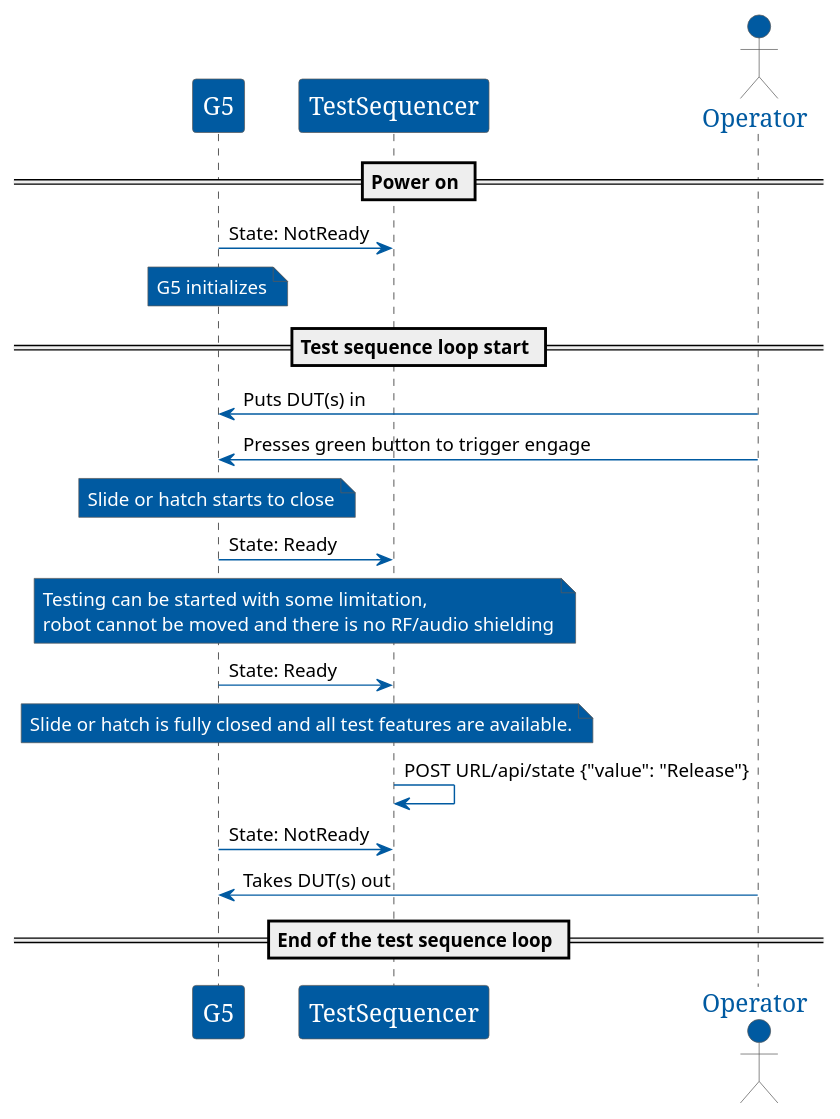
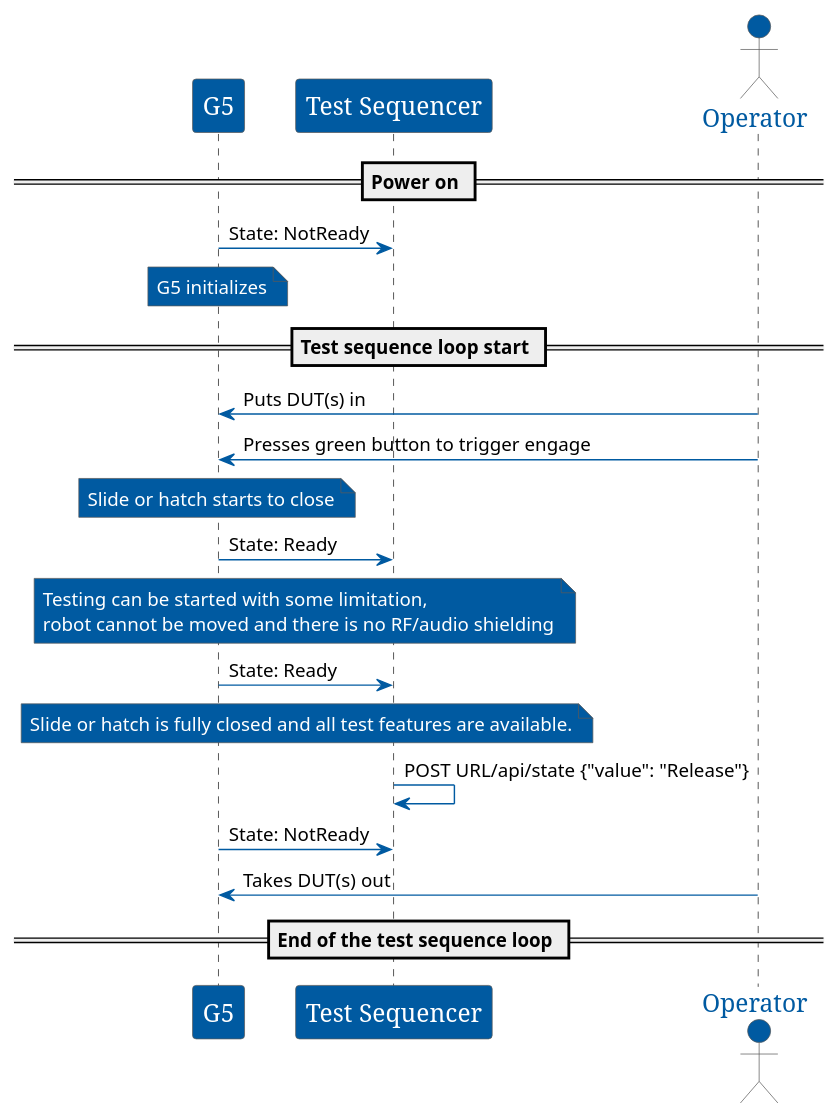
One commit to jotautomation/G5-Test-Sequencer-Docs changed the diagram in pumls/G5_operator_sequence.puml. Above: the diagram before and after it, drawn with PlantUML. The commit also changed 3 other files, not shown here.

Commit message:
Rename TestSequencer as Test Sequencer

```diff
--- a/pumls/G5_operator_sequence.puml
+++ b/pumls/G5_operator_sequence.puml
@@ -2,64 +2,64 @@
 @startuml
 
 skinparam noteBorderColor #5a5a5a
 skinparam noteBackgroundColor #005aa1
 skinparam noteFontColor white
 
 
 skinparam sequence {
   ArrowColor #005aa1
   ParticipantBackgroundColor #005aa1
   ParticipantFontName Apex
   ParticipantFontSize 17
   ParticipantFontColor White
   ParticipantBorderColor #5a5a5a
 
   ActorBorderColor #5a5a5a
   ActorBackgroundColor #005aa1
   ActorFontColor #005aa1
   ActorFontSize 17
   ActorFontName Apex
 
 
 }
 
 
 participant G5
-participant TestSequencer
+participant "Test Sequencer"
 actor Operator
 
 == Power on ==
 
-G5 -> TestSequencer: State: NotReady
+G5 -> "Test Sequencer": State: NotReady
 
 note over G5: G5 initializes
 
 
 == Test sequence loop start ==
 
 Operator -> G5: Puts DUT(s) in
 
 Operator -> G5: Presses green button to trigger engage
 
 note over G5: Slide or hatch starts to close
 
-G5 -> TestSequencer: State: Ready
+G5 -> "Test Sequencer": State: Ready
 
-note over TestSequencer, G5
+note over "Test Sequencer", G5
 Testing can be started with some limitation,
 robot cannot be moved and there is no RF/audio shielding
 end note
 
-G5 -> TestSequencer: State: Ready
+G5 -> "Test Sequencer": State: Ready
 
-note over TestSequencer, G5: Slide or hatch is fully closed and all test features are available.
+note over "Test Sequencer", G5: Slide or hatch is fully closed and all test features are available.
 
-TestSequencer -> TestSequencer: POST URL/api/state {"value": "Release"}
+"Test Sequencer" -> "Test Sequencer": POST URL/api/state {"value": "Release"}
 
-G5 -> TestSequencer: State: NotReady
+G5 -> "Test Sequencer": State: NotReady
 
 Operator -> G5: Takes DUT(s) out
 
 == End of the test sequence loop ==
 
 @enduml
```
